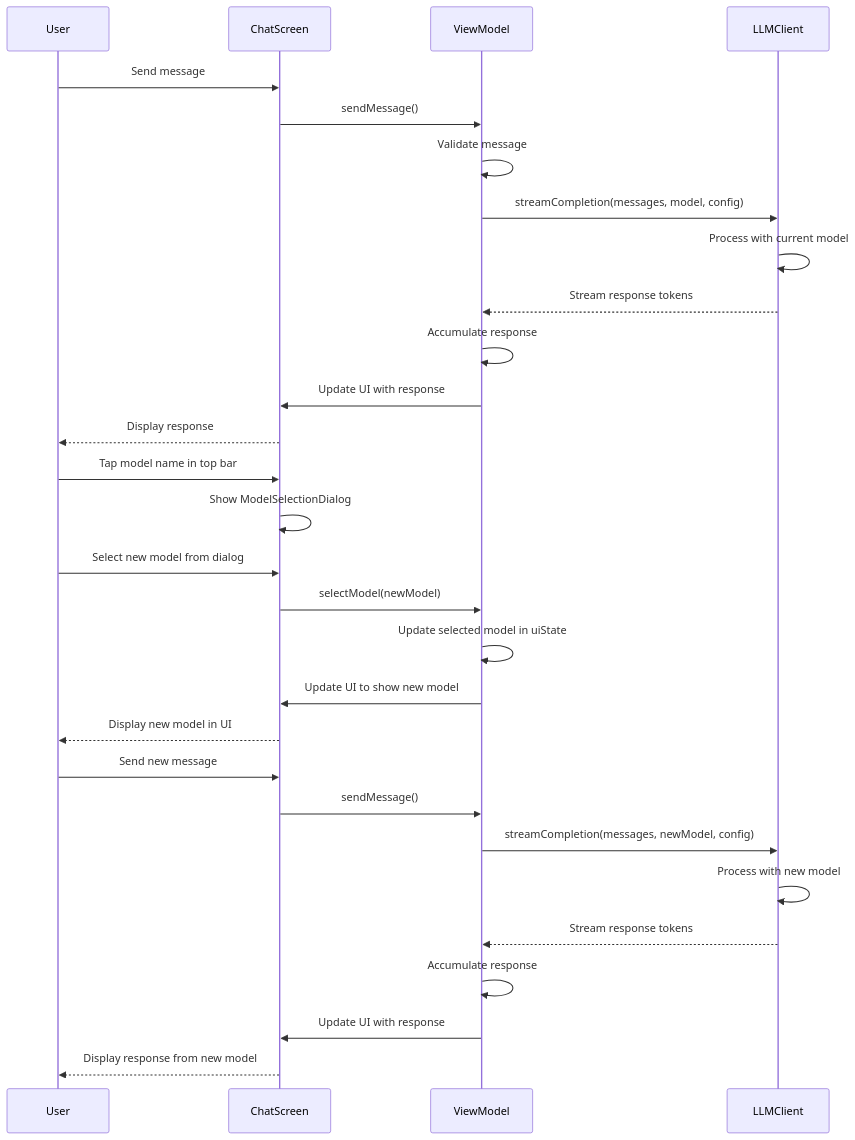
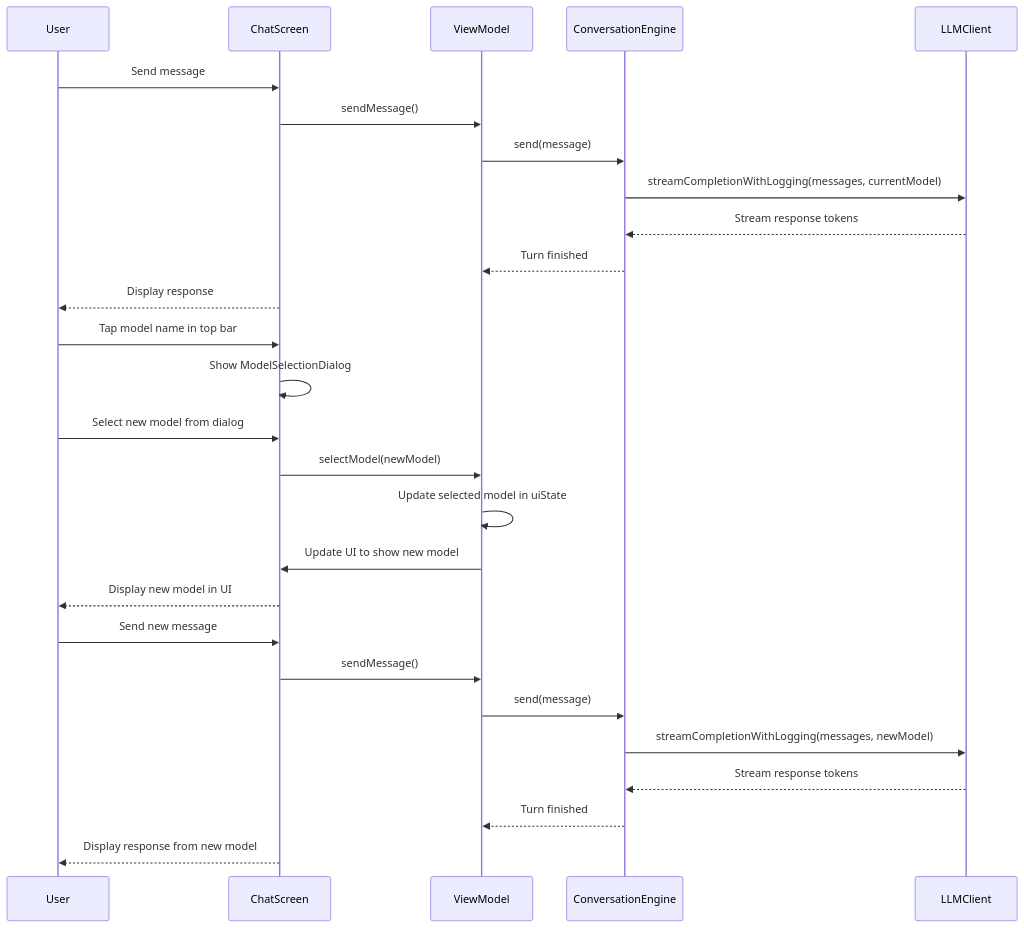
One commit to lehoang318/buddy changed the tenth of 11 diagrams in docs/seq_chat.md. Above: the diagram before and after it, drawn with Mermaid. The commit also changed other lines of this file and 11 other files, not shown here.

````diff
--- a/docs/seq_chat.md
+++ b/docs/seq_chat.md
@@ -302,34 +313,32 @@
 ```mermaid
 sequenceDiagram
     participant User
     participant ChatScreen
     participant ViewModel
+    participant Engine as ConversationEngine
     participant LLMClient
 
     User->>ChatScreen: Send message
     ChatScreen->>ViewModel: sendMessage()
-    ViewModel->>ViewModel: Validate message
-    ViewModel->>LLMClient: streamCompletion(messages, model, config)
-    LLMClient->>LLMClient: Process with current model
-    LLMClient-->>ViewModel: Stream response tokens
-    ViewModel->>ViewModel: Accumulate response
-    ViewModel->>ChatScreen: Update UI with response
+    ViewModel->>Engine: send(message)
+    Engine->>LLMClient: streamCompletionWithLogging(messages, currentModel)
+    LLMClient-->>Engine: Stream response tokens
+    Engine-->>ViewModel: Turn finished
     ChatScreen-->>User: Display response
 
     User->>ChatScreen: Tap model name in top bar
     ChatScreen->>ChatScreen: Show ModelSelectionDialog
     User->>ChatScreen: Select new model from dialog
     ChatScreen->>ViewModel: selectModel(newModel)
     ViewModel->>ViewModel: Update selected model in uiState
     ViewModel->>ChatScreen: Update UI to show new model
     ChatScreen-->>User: Display new model in UI
 
     User->>ChatScreen: Send new message
     ChatScreen->>ViewModel: sendMessage()
-    ViewModel->>LLMClient: streamCompletion(messages, newModel, config)
-    LLMClient->>LLMClient: Process with new model
-    LLMClient-->>ViewModel: Stream response tokens
-    ViewModel->>ViewModel: Accumulate response
-    ViewModel->>ChatScreen: Update UI with response
+    ViewModel->>Engine: send(message)
+    Engine->>LLMClient: streamCompletionWithLogging(messages, newModel)
+    LLMClient-->>Engine: Stream response tokens
+    Engine-->>ViewModel: Turn finished
     ChatScreen-->>User: Display response from new model
 ```
````
